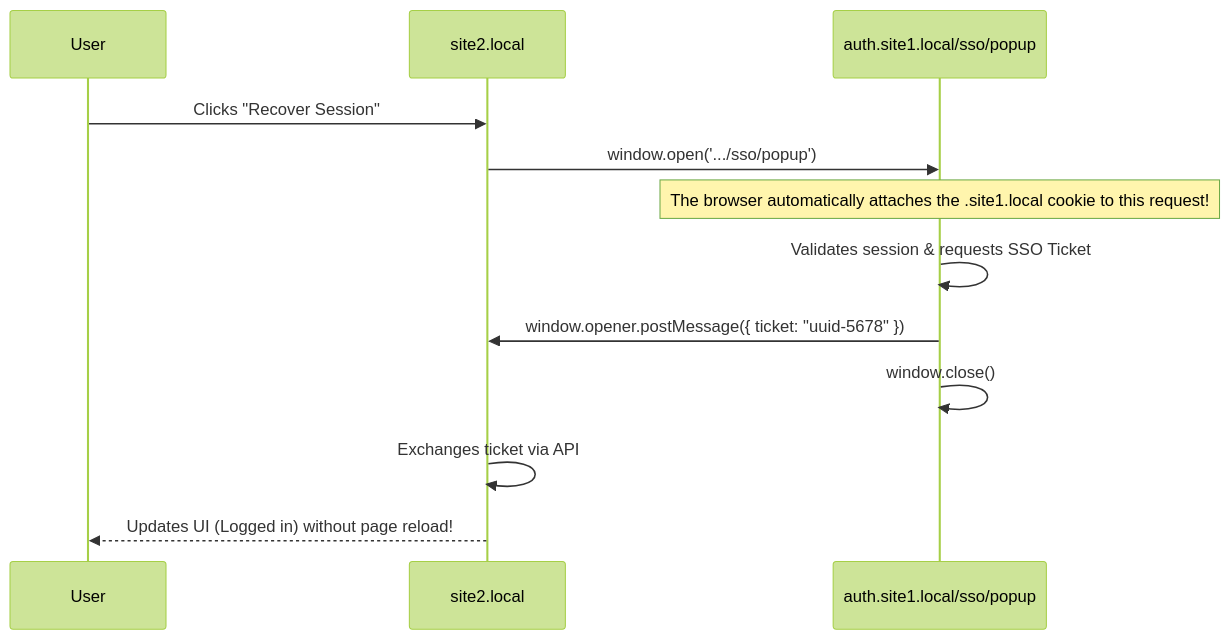
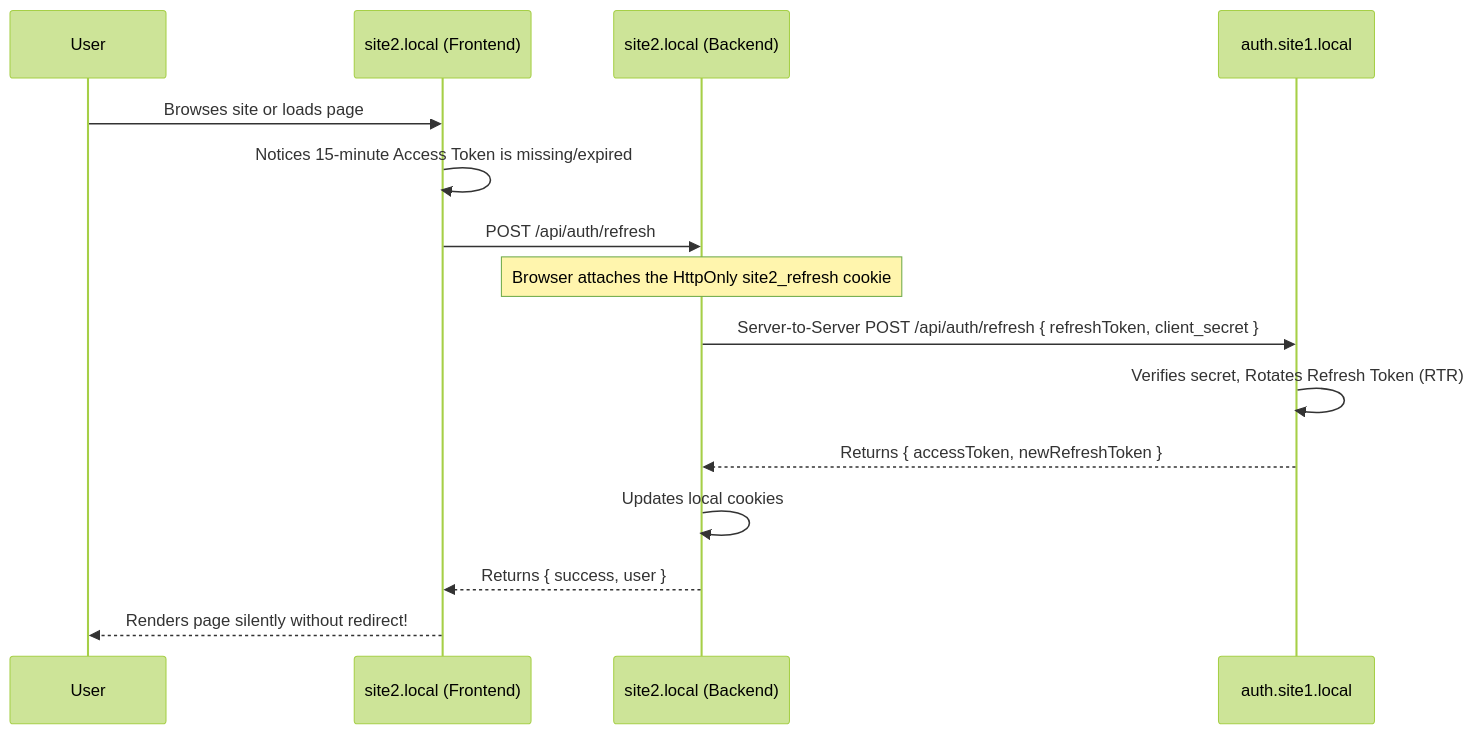
Before and after one commit to kabadc/multi-domain-auth: the third of 3 diagrams in docs/cross-domain.md, drawn with Mermaid (forest theme). The commit also changed other lines of this file and 5 other files, not shown here.

````diff
--- a/docs/cross-domain.md
+++ b/docs/cross-domain.md
@@ -62,18 +65,21 @@
 ```mermaid
 sequenceDiagram
     participant User
-    participant Site2 as site2.local
-    participant Popup as auth.site1.local/sso/popup
+    participant Site2 as site2.local (Frontend)
+    participant Site2API as site2.local (Backend)
+    participant Auth as auth.site1.local
 
-    User->>Site2: Clicks "Recover Session"
-    Site2->>Popup: window.open('.../sso/popup')
+    User->>Site2: Browses site or loads page
+    Site2->>Site2: Notices 15-minute Access Token is missing/expired
+    Site2->>Site2API: POST /api/auth/refresh
     
-    Note over Popup: The browser automatically attaches the .site1.local cookie to this request!
+    Note over Site2API: Browser attaches the HttpOnly site2_refresh cookie
     
-    Popup->>Popup: Validates session & requests SSO Ticket
-    Popup->>Site2: window.opener.postMessage({ ticket: "uuid-5678" })
-    Popup->>Popup: window.close()
+    Site2API->>Auth: Server-to-Server POST /api/auth/refresh { refreshToken, client_secret }
+    Auth->>Auth: Verifies secret, Rotates Refresh Token (RTR)
+    Auth-->>Site2API: Returns { accessToken, newRefreshToken }
     
-    Site2->>Site2: Exchanges ticket via API
-    Site2-->>User: Updates UI (Logged in) without page reload!
+    Site2API->>Site2API: Updates local cookies
+    Site2API-->>Site2: Returns { success, user }
+    Site2-->>User: Renders page silently without redirect!
 ```
````
